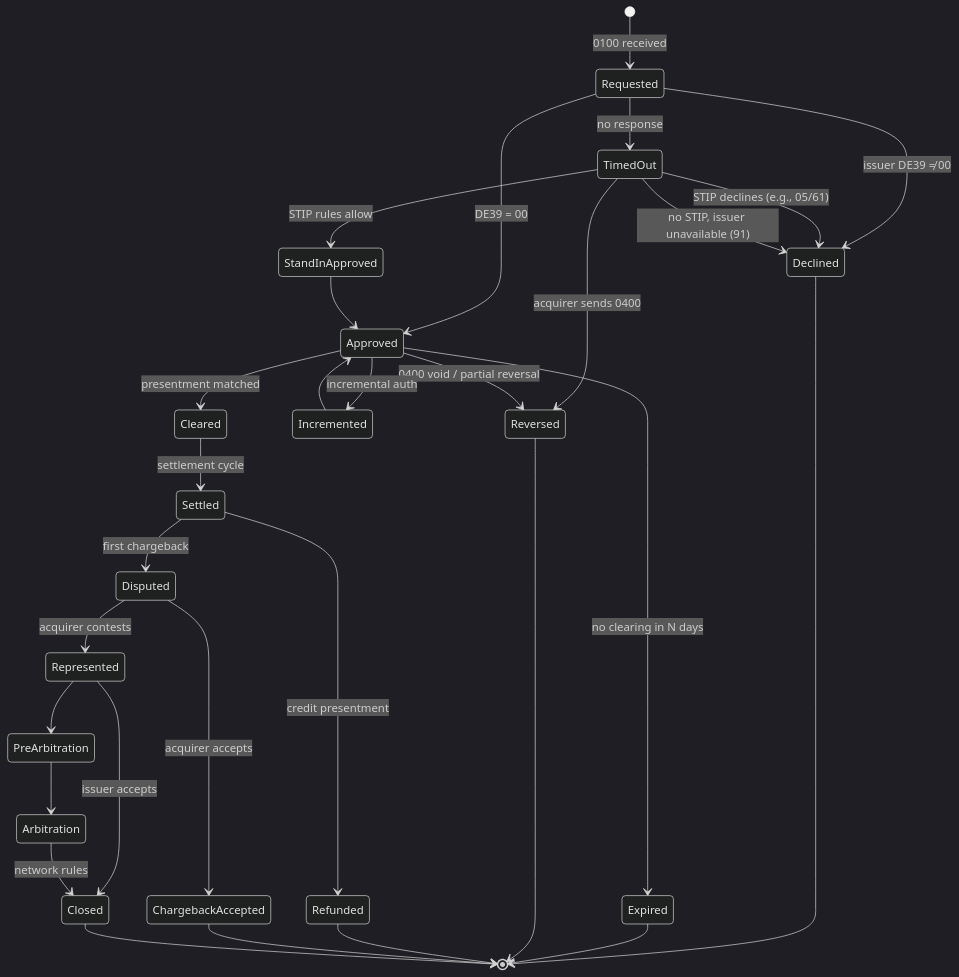
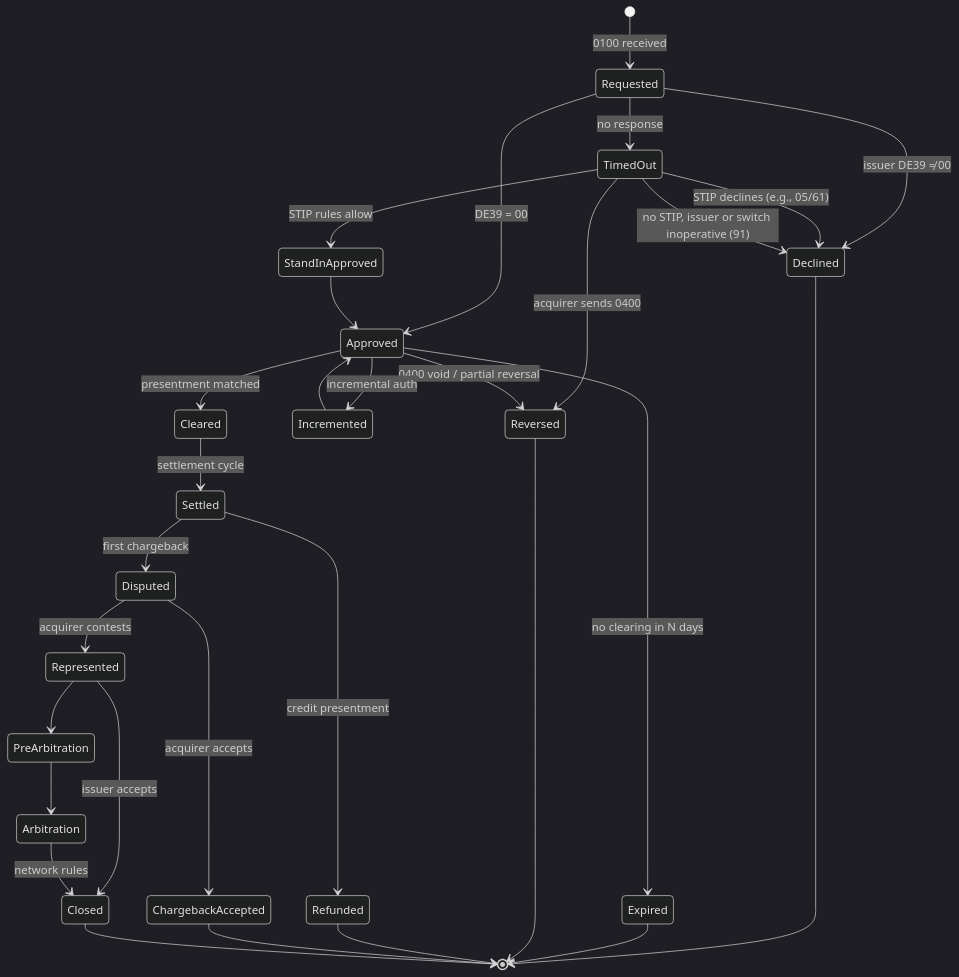
One commit to JonahR/simple-network changed the fourth of 4 diagrams in Network KT/03-transaction-lifecycle.md. Above: the diagram before and after it, drawn with Mermaid (dark theme). The commit also changed 34 other files, not shown here.

````diff
--- a/Network KT/03-transaction-lifecycle.md
+++ b/Network KT/03-transaction-lifecycle.md
@@ -111,32 +111,32 @@
 ```mermaid
 stateDiagram-v2
     [*] --> Requested: 0100 received
     Requested --> Declined: issuer DE39 ≠ 00
     Requested --> Approved: DE39 = 00
     Requested --> TimedOut: no response
     TimedOut --> StandInApproved: STIP rules allow
     TimedOut --> Declined: STIP declines (e.g., 05/61)
-    TimedOut --> Declined: no STIP, issuer unavailable (91)
+    TimedOut --> Declined: no STIP, issuer or switch inoperative (91)
     TimedOut --> Reversed: acquirer sends 0400
     StandInApproved --> Approved
     Approved --> Reversed: 0400 void / partial reversal
     Approved --> Incremented: incremental auth
     Incremented --> Approved
     Approved --> Expired: no clearing in N days
     Approved --> Cleared: presentment matched
     Cleared --> Settled: settlement cycle
     Settled --> Refunded: credit presentment
     Settled --> Disputed: first chargeback
     Disputed --> Represented: acquirer contests
     Disputed --> ChargebackAccepted: acquirer accepts
     Represented --> PreArbitration
     Represented --> Closed: issuer accepts
     PreArbitration --> Arbitration
     Arbitration --> Closed: network rules
     Declined --> [*]
     Expired --> [*]
     Reversed --> [*]
     Refunded --> [*]
     ChargebackAccepted --> [*]
     Closed --> [*]
 ```
````
